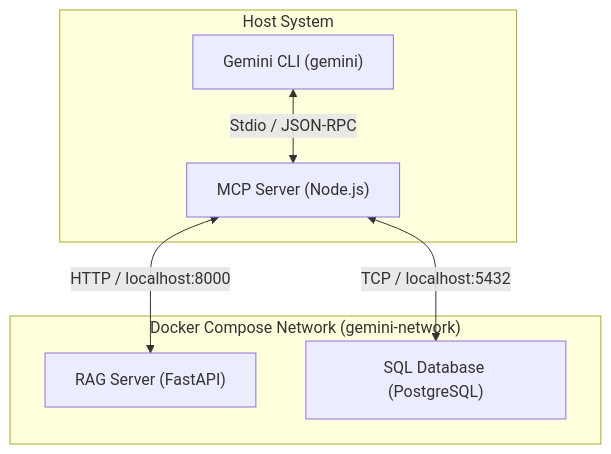
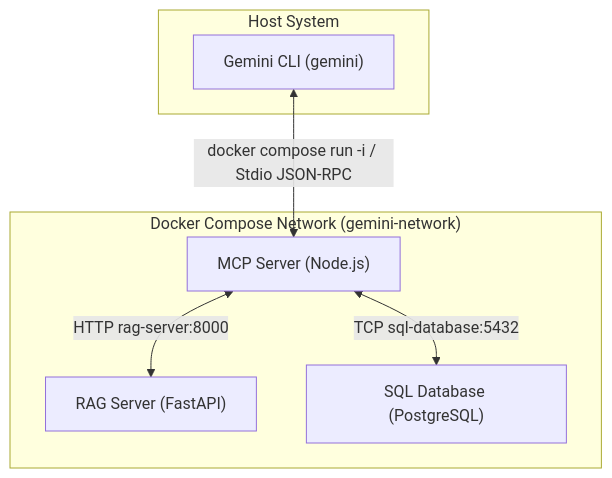
Before and after one commit to Alcal/gemini-extension: the diagram in README.md, drawn with Mermaid. The commit also changed other lines of this file and 15 other files, not shown here.

Commit message:
feat: implement MCP server with Docker support, add mock data clients, and configure Docker Compose for orchestration

````diff
--- a/README.md
+++ b/README.md
@@ -9,16 +9,16 @@
 ```mermaid
 graph TD
     subgraph Host ["Host System"]
         CLI["Gemini CLI (gemini)"]
-        MCP["MCP Server (Node.js)"]
     end
 
     subgraph Docker ["Docker Compose Network (gemini-network)"]
+        MCP["MCP Server (Node.js)"]
         RAG["RAG Server (FastAPI)"]
         SQL["SQL Database (PostgreSQL)"]
     end
 
-    CLI <-->|Stdio / JSON-RPC| MCP
-    MCP <-->|HTTP / localhost:8000| RAG
-    MCP <-->|TCP / localhost:5432| SQL
+    CLI <-->|"docker compose run -i / Stdio JSON-RPC"| MCP
+    MCP <-->|"HTTP rag-server:8000"| RAG
+    MCP <-->|"TCP sql-database:5432"| SQL
 ```
````
